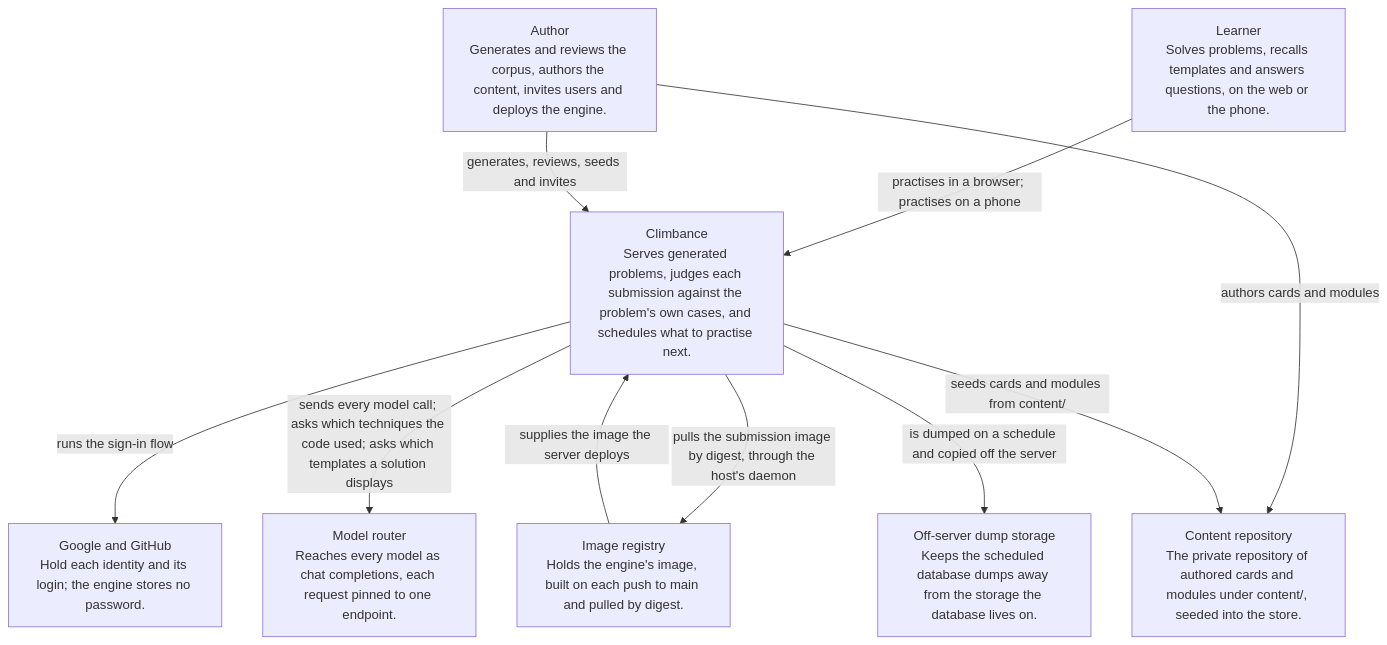
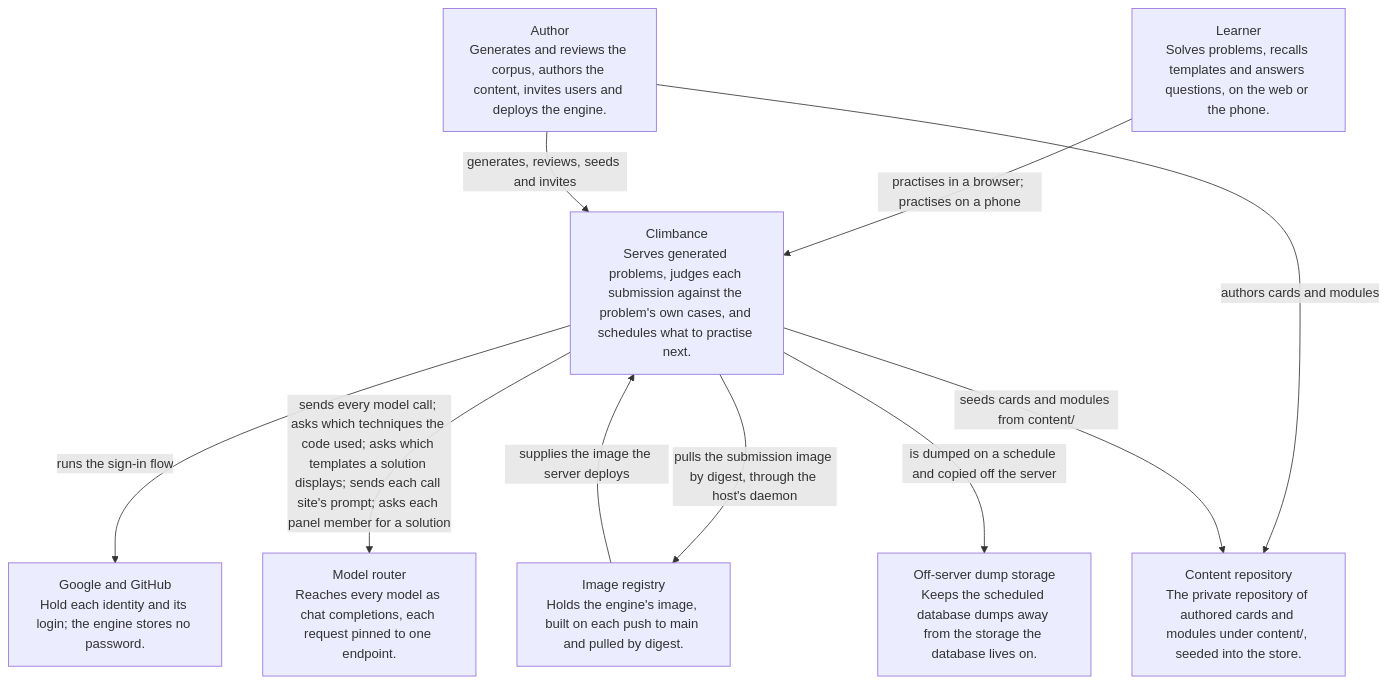
Before and after one commit to climbance/climbance: the first of 4 diagrams in docs/architecture/README.md, drawn with Mermaid. The commit also changed other lines of this file and 65 other files, not shown here.

First line of the commit message:
docs(architecture): split corpus.md by element

````diff
--- a/docs/architecture/README.md
+++ b/docs/architecture/README.md
@@ -12,20 +12,20 @@
 ```mermaid
 flowchart TB
     engine["Climbance<br/>Serves generated problems, judges each submission against the problem's own cases, and schedules what to practise next."]
     learner["Learner<br/>Solves problems, recalls templates and answers questions, on the web or the phone."]
     author["Author<br/>Generates and reviews the corpus, authors the content, invites users and deploys the engine."]
     identity_providers["Google and GitHub<br/>Hold each identity and its login; the engine stores no password."]
     model_router["Model router<br/>Reaches every model as chat completions, each request pinned to one endpoint."]
     content_repo["Content repository<br/>The private repository of authored cards and modules under content/, seeded into the store."]
     image_registry["Image registry<br/>Holds the engine's image, built on each push to main and pulled by digest."]
     offsite_dumps["Off-server dump storage<br/>Keeps the scheduled database dumps away from the storage the database lives on."]
     learner -->|"practises in a browser; practises on a phone"| engine
     author -->|"generates, reviews, seeds and invites"| engine
     author -->|"authors cards and modules"| content_repo
     engine -->|"runs the sign-in flow"| identity_providers
     engine -->|"pulls the submission image by digest, through the host's daemon"| image_registry
-    engine -->|"sends every model call; asks which techniques the code used; asks which templates a solution displays"| model_router
+    engine -->|"sends every model call; asks which techniques the code used; asks which templates a solution displays; sends each call site's prompt; asks each panel member for a solution"| model_router
     engine -->|"seeds cards and modules from content/"| content_repo
     image_registry -->|"supplies the image the server deploys"| engine
     engine -->|"is dumped on a schedule and copied off the server"| offsite_dumps
 ```
````
